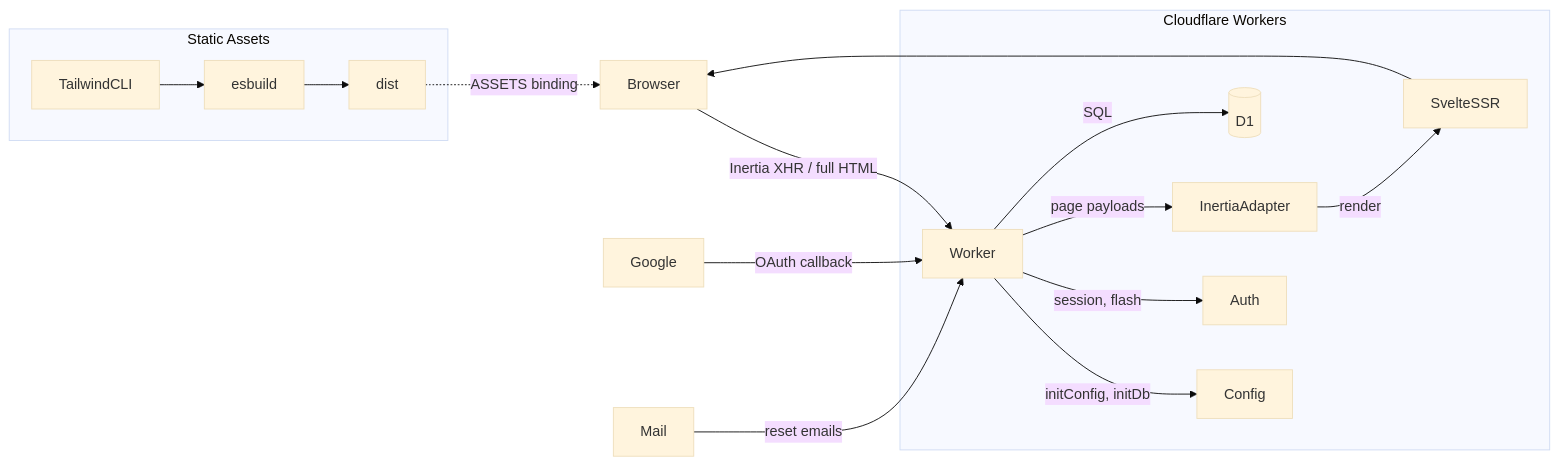
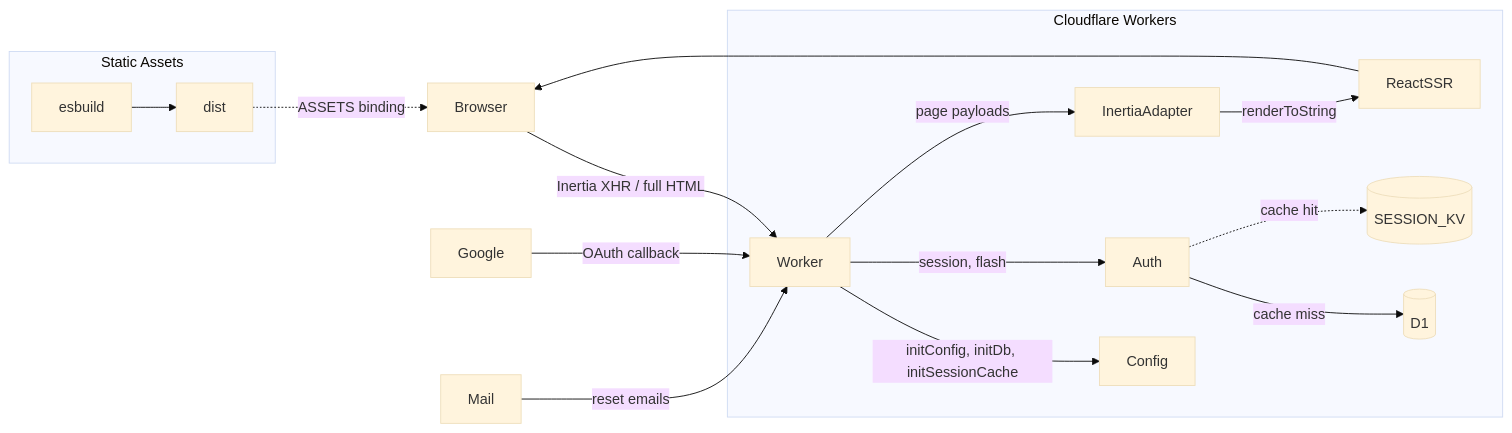
The diagram in README.md (maulanashalihin/kilat), drawn with Mermaid (base theme) before and after one commit. The commit also changed other lines of this file and 7 other files, not shown here.

First line of the commit message:
feat: optimize session resolution + add optional KV session cache

````diff
--- a/README.md
+++ b/README.md
@@ -19,19 +16,19 @@
 ```mermaid
 flowchart LR
   Browser -->|Inertia XHR / full HTML| Worker
   subgraph Cloudflare Workers
-    Worker -->|initConfig, initDb| Config
+    Worker -->|initConfig, initDb, initSessionCache| Config
     Worker -->|session, flash| Auth
+    Auth -->|cache miss| D1[(D1)]
+    Auth -.->|cache hit| KV[(SESSION_KV)]
     Worker -->|page payloads| InertiaAdapter
-    InertiaAdapter -->|render| SvelteSSR
-    Worker -->|SQL| D1[(D1)]
+    InertiaAdapter -->|renderToString| ReactSSR
   end
-  SvelteSSR --> Browser
+  ReactSSR --> Browser
   Google -->|OAuth callback| Worker
   Mail -->|reset emails| Worker
   subgraph Static Assets
-    TailwindCLI --> esbuild
     esbuild --> dist
   end
   dist -.->|ASSETS binding| Browser
 ```
````
